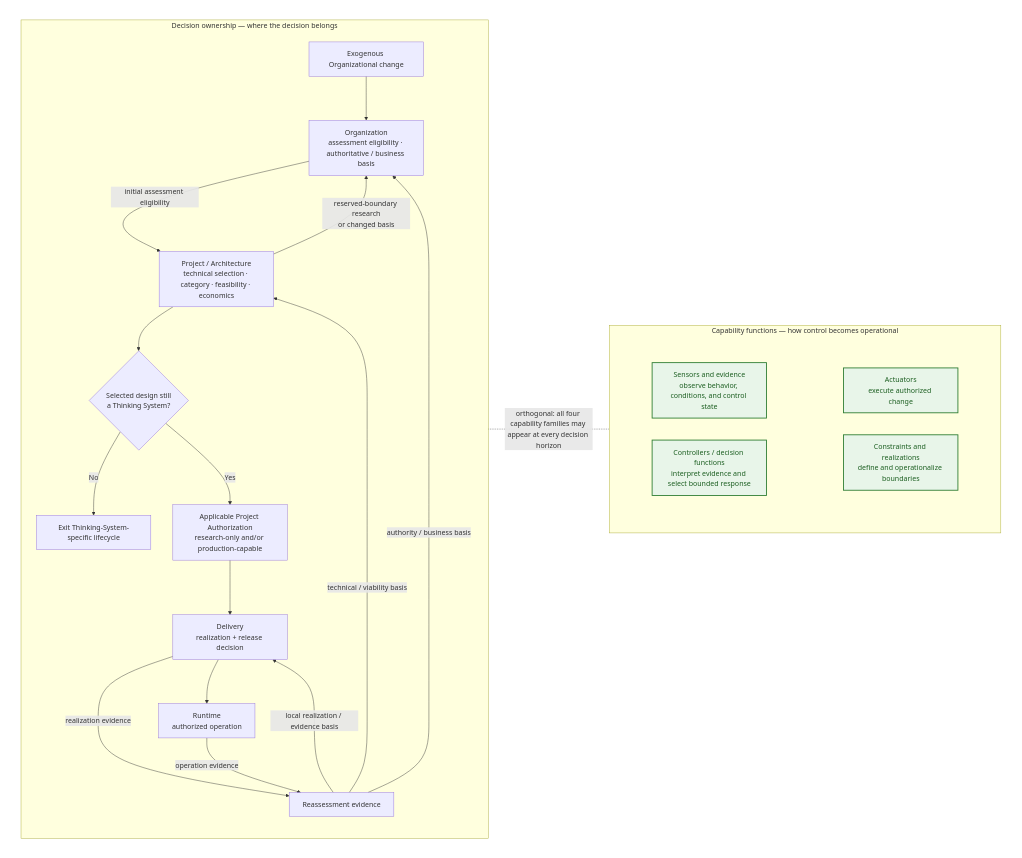
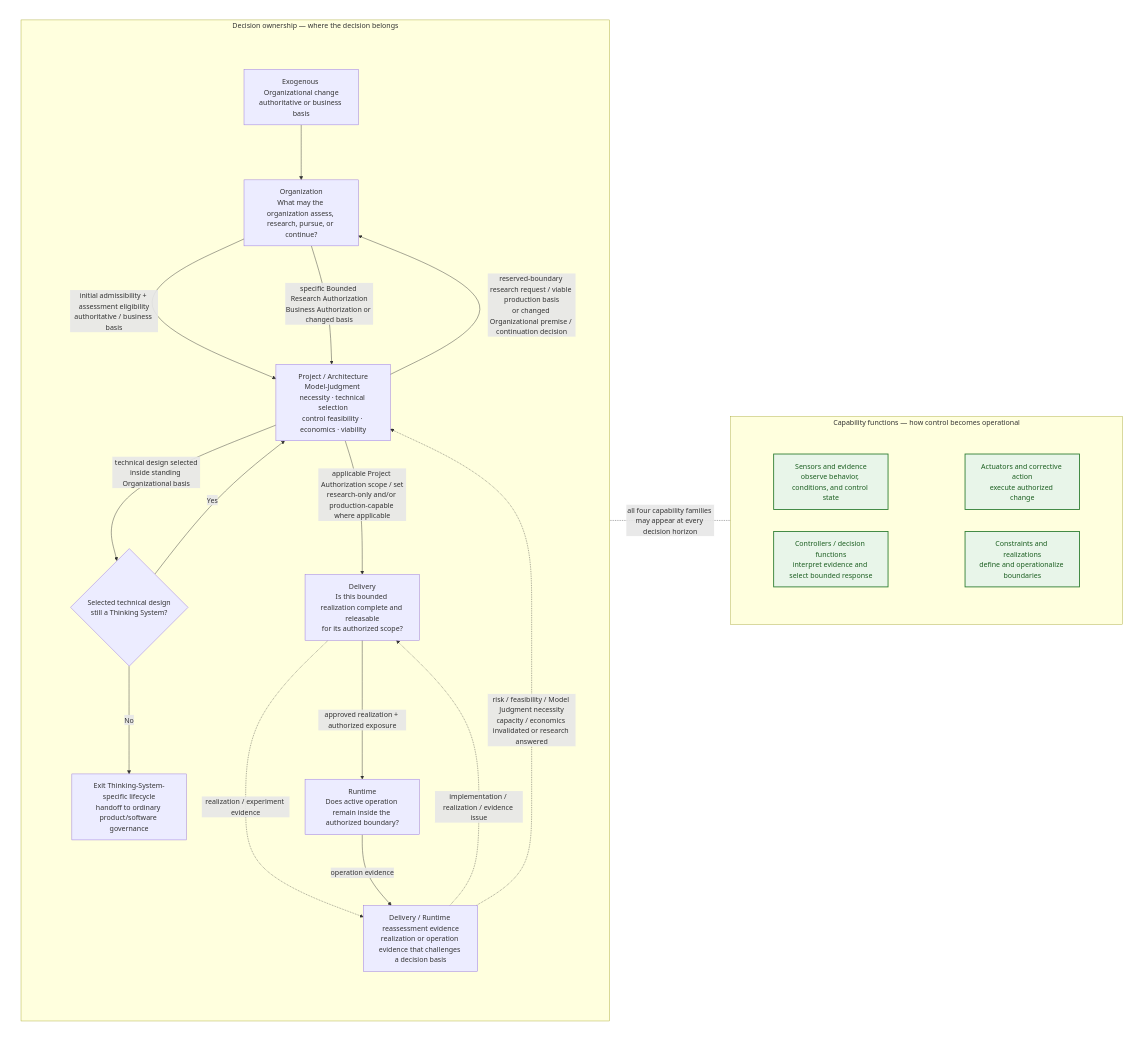
Before and after one commit to UncertaintyArchitectureGroup/uncertainty-architecture: the ninth of 15 diagrams in content/research/notes/open-engineering-specification-article-draft.md, drawn with Mermaid. The commit also changed 3 other files, not shown here.

Commit message:
research: preserve orthogonal decision semantics in repaired layout

````diff
--- a/content/research/notes/open-engineering-specification-article-draft.md
+++ b/content/research/notes/open-engineering-specification-article-draft.md
@@ -528,43 +528,54 @@
 ```mermaid
 flowchart TB
     subgraph ROW_ORTHO[" "]
         direction LR
         subgraph L["Decision ownership — where the decision belongs"]
             direction TB
-            X["Exogenous Organizational change"] --> O
-            O["Organization<br/>assessment eligibility · authoritative / business basis"]
-            O -->|initial assessment eligibility| P
-            P["Project / Architecture<br/>technical selection · category · feasibility · economics"]
-            P --> CAT{"Selected design still<br/>a Thinking System?"}
-            CAT -->|No| EXIT["Exit Thinking-System-specific lifecycle"]
-            CAT -->|Yes| PA["Applicable Project Authorization<br/>research-only and/or production-capable"]
-            P -->|reserved-boundary research<br/>or changed basis| O
-            PA --> D["Delivery<br/>realization + release decision"]
-            D --> R["Runtime<br/>authorized operation"]
-            D -->|realization evidence| E["Reassessment evidence"]
-            R -->|operation evidence| E
-            E -->|local realization / evidence basis| D
-            E -->|technical / viability basis| P
-            E -->|authority / business basis| O
+            subgraph SPINE9[" "]
+                direction TB
+                O["Organization<br/>What may the organization assess, research, pursue, or continue?"]
+                P["Project / Architecture<br/>Model-Judgment necessity · technical selection<br/>control feasibility · economics · viability"]
+                CAT{"Selected technical design<br/>still a Thinking System?"}
+                EXIT["Exit Thinking-System-specific lifecycle<br/>handoff to ordinary product/software governance"]
+                D["Delivery<br/>Is this bounded realization complete and releasable<br/>for its authorized scope?"]
+                R["Runtime<br/>Does active operation remain inside the authorized boundary?"]
+                E["Delivery / Runtime reassessment evidence<br/>realization or operation evidence that challenges a decision basis"]
+                X["Exogenous Organizational change<br/>authoritative or business basis"]
+
+                O -->|initial admissibility + assessment eligibility<br/>authoritative / business basis| P
+                P -->|technical design selected<br/>inside standing Organizational basis| CAT
+                CAT -->|No| EXIT
+                CAT -->|Yes| P
+                P -->|reserved-boundary research request / viable production basis<br/>or changed Organizational premise / continuation decision| O
+                O -->|specific Bounded Research Authorization<br/>Business Authorization or changed basis| P
+                P -->|applicable Project Authorization scope / set<br/>research-only and/or production-capable where applicable| D
+                D -->|approved realization + authorized exposure| R
+                D -.->|realization / experiment evidence| E
+                R -->|operation evidence| E
+                X --> O
+            end
+            E -.->|implementation / realization / evidence issue| D
+            E -.->|risk / feasibility / Model Judgment necessity<br/>capacity / economics invalidated or research answered| P
+            style SPINE9 fill:transparent,stroke:transparent
         end
         subgraph F["Capability functions — how control becomes operational"]
             direction TB
             subgraph CAP_TOP[" "]
                 direction LR
-                A["Actuators<br/>execute authorized change"]
+                A["Actuators and corrective action<br/>execute authorized change"]
                 K["Constraints and realizations<br/>define and operationalize boundaries"]
             end
             subgraph CAP_BOTTOM[" "]
                 direction LR
                 S["Sensors and evidence<br/>observe behavior, conditions, and control state"]
                 C["Controllers / decision functions<br/>interpret evidence and select bounded response"]
             end
         end
     end
-    L -. "orthogonal: all four capability families may appear at every decision horizon" .- F
+    L -. "all four capability families may appear at every decision horizon" .- F
     classDef capability fill:#e8f5e9,stroke:#2e7d32,stroke-width:2px,color:#1b5e20;
     class A,K,S,C capability;
     style ROW_ORTHO fill:transparent,stroke:transparent
     style CAP_TOP fill:transparent,stroke:transparent
     style CAP_BOTTOM fill:transparent,stroke:transparent
 ```
````
